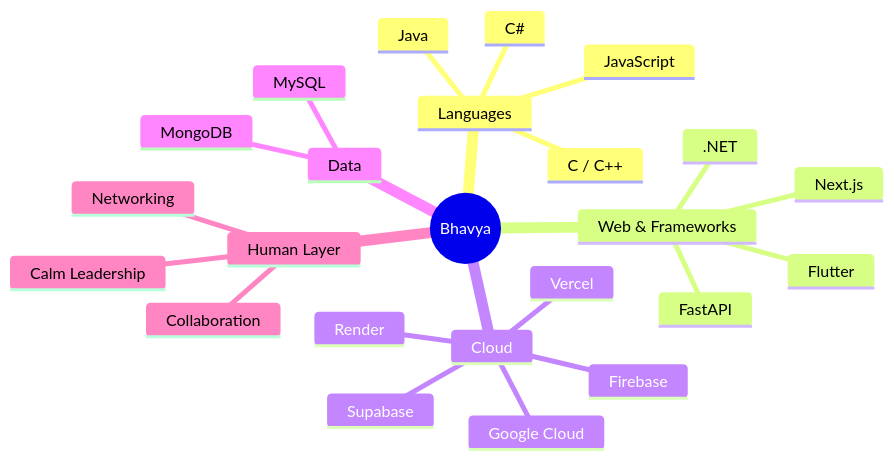
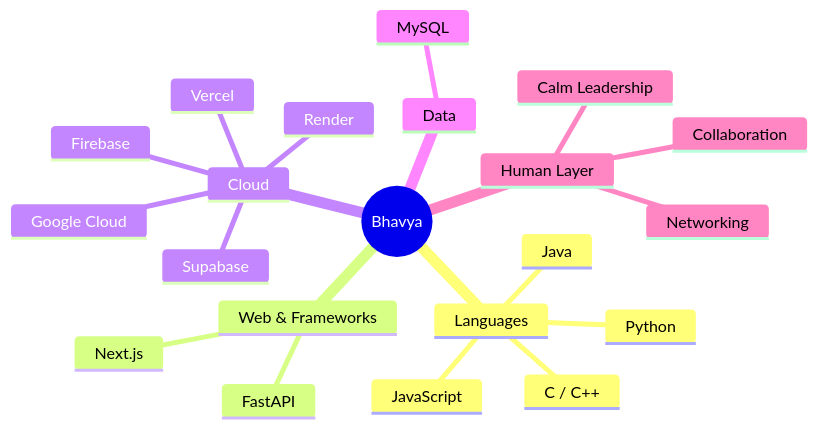
The second of 2 diagrams in README.md (bhavya092007/bhavya092007), drawn with Mermaid before and after one commit. The commit also changed other lines of this file, not shown here.

````diff
--- a/README.md
+++ b/README.md
@@ -94,27 +94,24 @@
 ```mermaid
 mindmap
   root((Bhavya))
     Languages
       C / C++
-      C#
+      Python
       Java
       JavaScript
     Web & Frameworks
       Next.js
       FastAPI
-      .NET
-      Flutter
     Cloud
       Firebase
       Google Cloud
       Vercel
       Render
       Supabase
     Data
       MySQL
-      MongoDB
     Human Layer
       Networking
       Collaboration
       Calm Leadership
 ```
````
